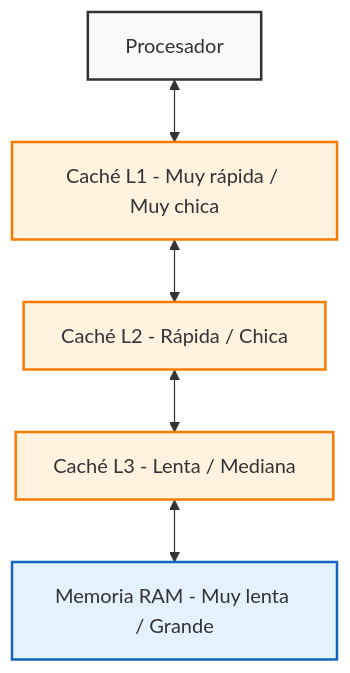
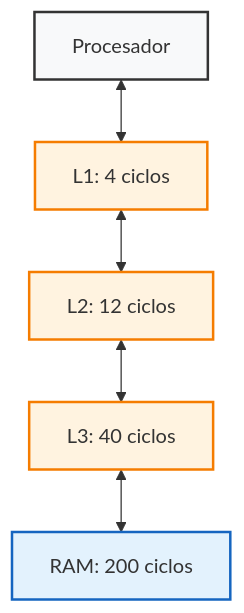
Before and after one commit to INGCOM-UNRN-PII/INGCOM-UNRN-PII.github.io: the diagram in parte_6/localidad_memoria.md, drawn with Mermaid. The commit also changed other lines of this file, not shown here.

````diff
--- a/parte_6/localidad_memoria.md
+++ b/parte_6/localidad_memoria.md
@@ -27,12 +37,12 @@
 ```{mermaid}
 graph TD
-    CPU[Procesador] <--> L1[Caché L1 - Muy rápida / Muy chica]
-    L1 <--> L2[Caché L2 - Rápida / Chica]
-    L2 <--> L3[Caché L3 - Lenta / Mediana]
-    L3 <--> RAM[Memoria RAM - Muy lenta / Grande]
+    CPU[Procesador] <--> L1[L1: 4 ciclos]
+    L1 <--> L2[L2: 12 ciclos]
+    L2 <--> L3[L3: 40 ciclos]
+    L3 <--> RAM[RAM: 200 ciclos]
     
     style CPU fill:#f8f9fa,stroke:#333,stroke-width:2px;
     style RAM fill:#e3f2fd,stroke:#1565c0,stroke-width:2px;
     classDef cache fill:#fff3e0,stroke:#f57c00,stroke-width:2px;
     class L1,L2,L3 cache;
 ```
````
